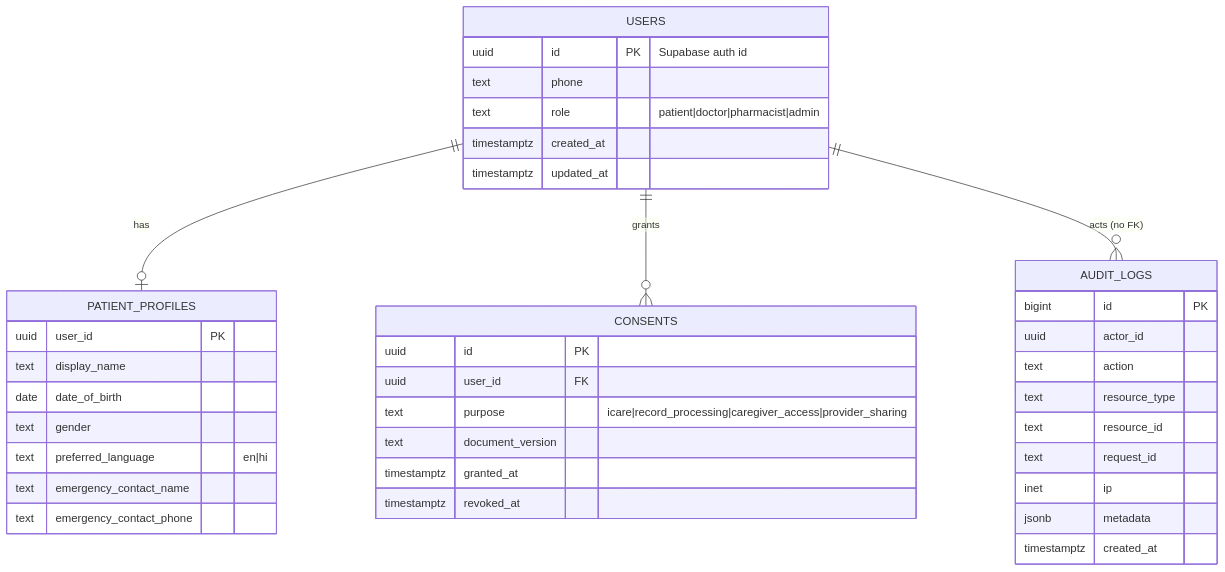
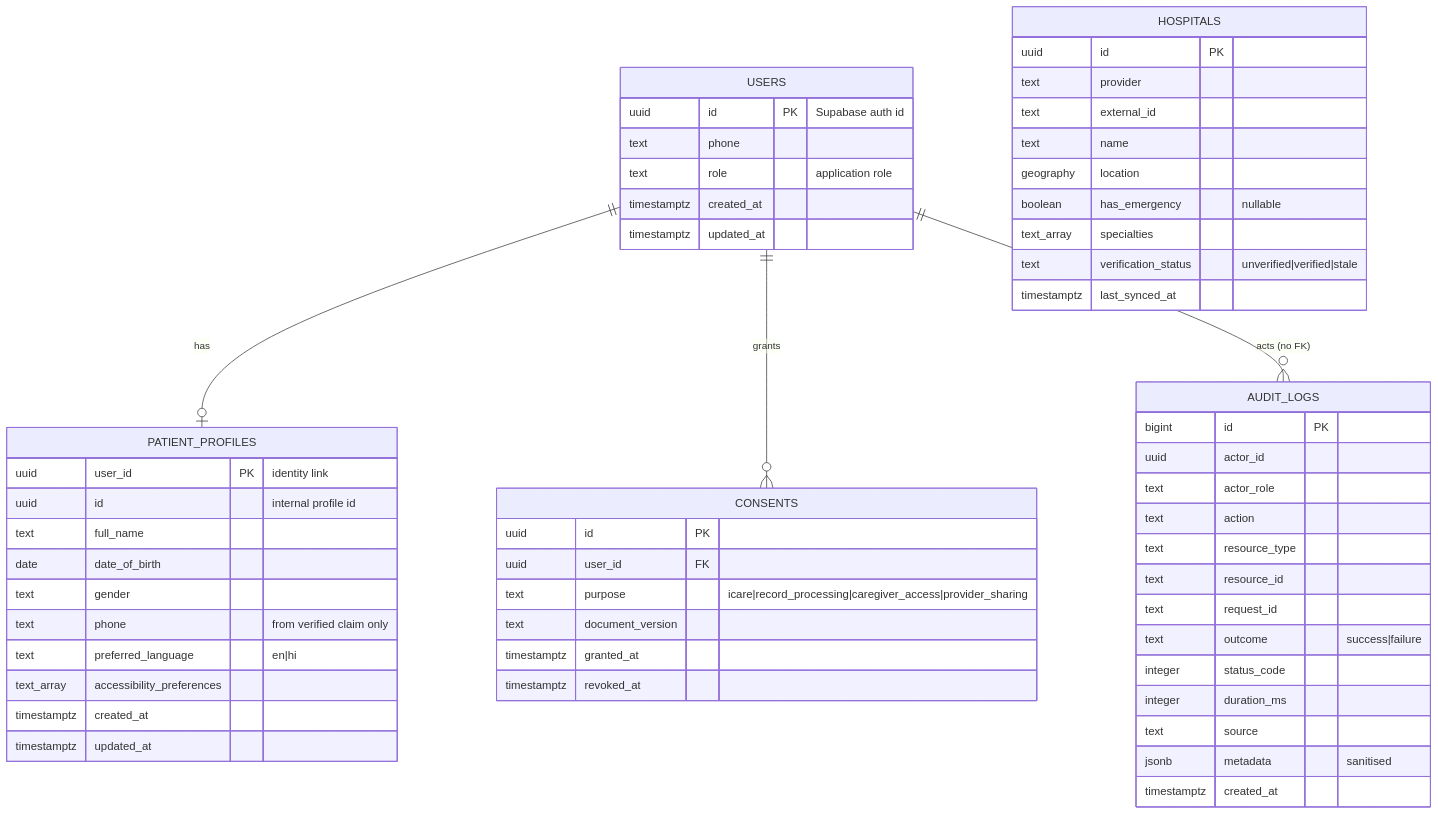
Before and after one commit to rushabhbramhade/MediCare: the diagram in database/diagrams/domain-map.md, drawn with Mermaid. The commit also changed other lines of this file and 67 other files, not shown here.

````diff
--- a/database/diagrams/domain-map.md
+++ b/database/diagrams/domain-map.md
@@ -5,45 +6,64 @@
 ```mermaid
 erDiagram
     USERS ||--o| PATIENT_PROFILES : "has"
     USERS ||--o{ CONSENTS : "grants"
     USERS ||--o{ AUDIT_LOGS : "acts (no FK)"
 
     USERS {
         uuid id PK "Supabase auth id"
         text phone
-        text role "patient|doctor|pharmacist|admin"
+        text role "application role"
         timestamptz created_at
         timestamptz updated_at
     }
 
     PATIENT_PROFILES {
-        uuid user_id PK
-        text display_name
+        uuid user_id PK "identity link"
+        uuid id "internal profile id"
+        text full_name
         date date_of_birth
         text gender
+        text phone "from verified claim only"
         text preferred_language "en|hi"
-        text emergency_contact_name
-        text emergency_contact_phone
+        text_array accessibility_preferences
+        timestamptz created_at
+        timestamptz updated_at
     }
 
     CONSENTS {
         uuid id PK
         uuid user_id FK
         text purpose "icare|record_processing|caregiver_access|provider_sharing"
         text document_version
         timestamptz granted_at
         timestamptz revoked_at
     }
 
     AUDIT_LOGS {
         bigint id PK
         uuid actor_id
+        text actor_role
         text action
         text resource_type
         text resource_id
         text request_id
-        inet ip
-        jsonb metadata
+        text outcome "success|failure"
+        integer status_code
+        integer duration_ms
+        text source
+        jsonb metadata "sanitised"
         timestamptz created_at
     }
+
+    HOSPITALS {
+        uuid id PK
+        text provider
+        text external_id
+        text name
+        geography location
+        boolean has_emergency "nullable"
+        text_array specialties
+        text verification_status "unverified|verified|stale"
+        timestamptz last_synced_at
+    }
 ```
````
